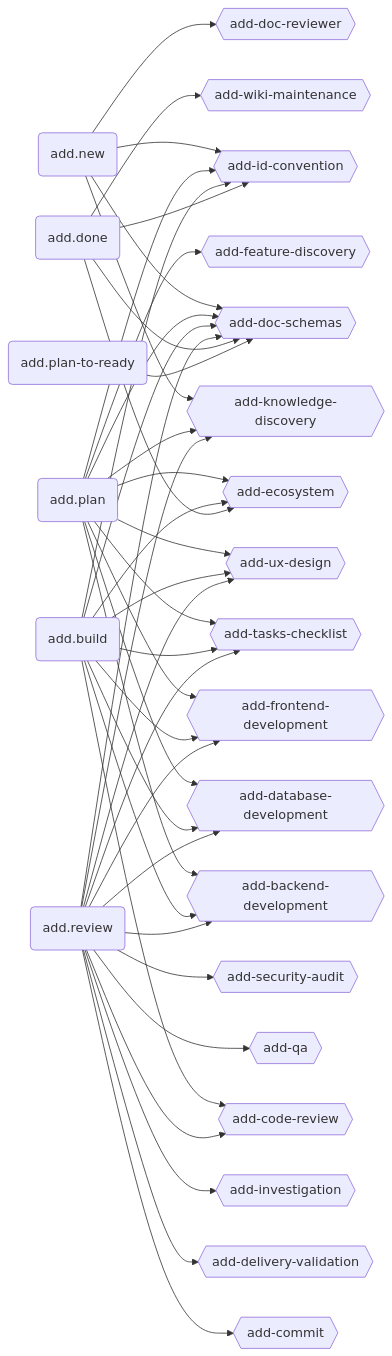
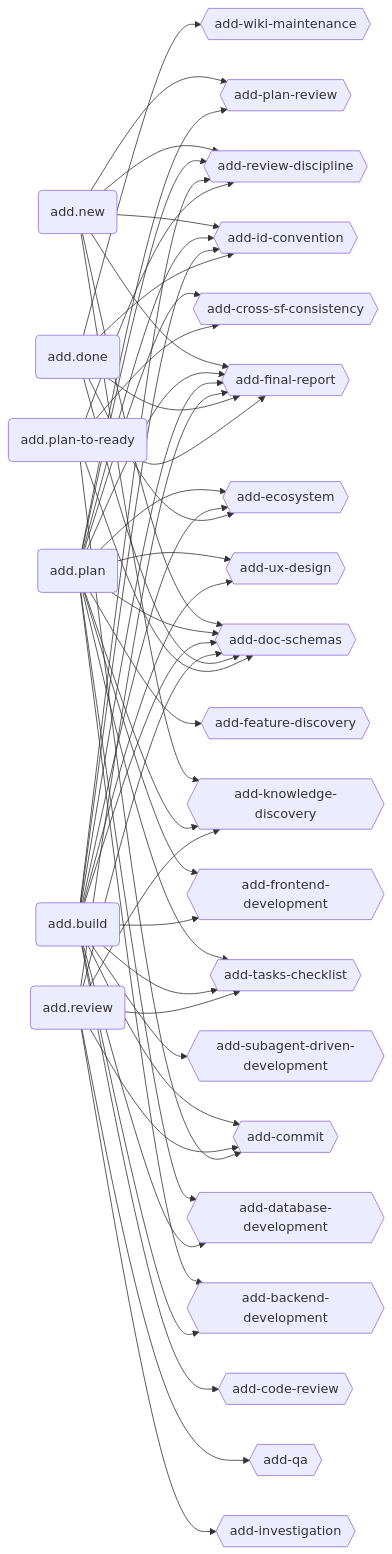
One commit to brabos-ai/code-addiction changed the first of 3 diagrams in ecosystem.md. Above: the diagram before and after it, drawn with Mermaid. The commit also changed other lines of this file and 3 other files, not shown here.

````diff
--- a/ecosystem.md
+++ b/ecosystem.md
@@ -8,35 +8,37 @@
 ```mermaid
 graph LR
   NEW(add.new)
   PLAN(add.plan)
   BUILD(add.build)
   REVIEW(add.review)
   DONE(add.done)
   PLANTOREADY(add.plan-to-ready)
 
   BADE{{add-backend-development}}
   CORE{{add-code-review}}
   CO{{add-commit}}
+  CSC{{add-cross-sf-consistency}}
   DADE{{add-database-development}}
-  DEVA{{add-delivery-validation}}
-  DORE{{add-doc-reviewer}}
   DOSC{{add-doc-schemas}}
   EC{{add-ecosystem}}
   FEDI{{add-feature-discovery}}
+  FINR{{add-final-report}}
   FRDE{{add-frontend-development}}
   IDCO{{add-id-convention}}
   IN{{add-investigation}}
   KNDI{{add-knowledge-discovery}}
+  PRV{{add-plan-review}}
   QA{{add-qa}}
-  SEAU{{add-security-audit}}
+  RVDI{{add-review-discipline}}
+  SDDA{{add-subagent-driven-development}}
   TACH{{add-tasks-checklist}}
   UXDE{{add-ux-design}}
   WIMA{{add-wiki-maintenance}}
 
-  NEW --> DORE & DOSC & IDCO & KNDI
-  PLAN --> BADE & DADE & DOSC & EC & FEDI & FRDE & IDCO & KNDI & TACH & UXDE
-  BUILD --> BADE & CORE & DADE & DOSC & EC & FRDE & IDCO & TACH & UXDE
-  REVIEW --> BADE & CORE & CO & DADE & DEVA & DOSC & FRDE & IN & KNDI & QA & SEAU & TACH & UXDE
-  DONE --> DOSC & EC & IDCO & WIMA
-  PLANTOREADY --> DOSC
+  NEW --> DOSC & FINR & IDCO & KNDI & PRV & RVDI
+  PLAN --> BADE & CSC & DADE & DOSC & EC & FEDI & FINR & FRDE & IDCO & KNDI & PRV & RVDI & TACH & UXDE
+  BUILD --> BADE & CORE & CO & DADE & DOSC & EC & FINR & FRDE & IDCO & RVDI & SDDA & TACH & UXDE
+  REVIEW --> CO & DOSC & FINR & IN & KNDI & QA & TACH
+  DONE --> DOSC & EC & FINR & IDCO & WIMA
+  PLANTOREADY --> CO & CSC & DOSC & FINR & RVDI
 ```
````
